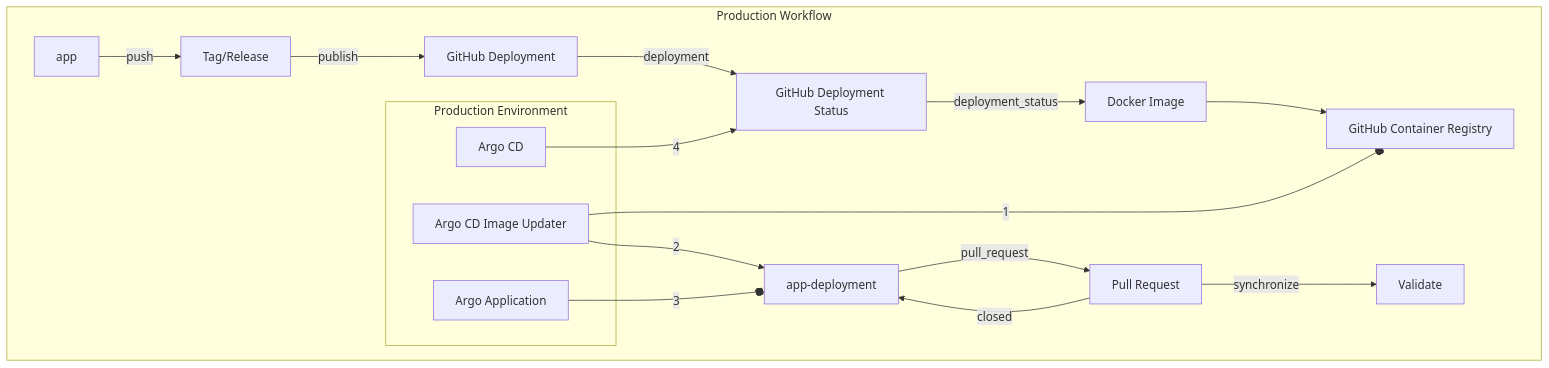
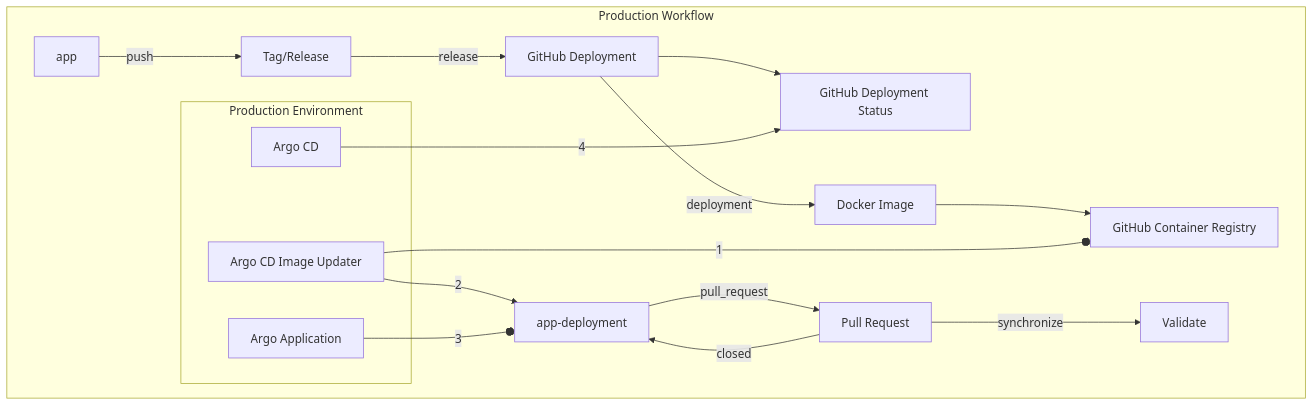
One commit to gitops-ci-cd/.github changed the third of 3 diagrams in profile/README.md. Above: the diagram before and after it, drawn with Mermaid.

````diff
--- a/profile/README.md
+++ b/profile/README.md
@@ -160,29 +160,29 @@
 ```mermaid
 flowchart TD
 
     registry[GitHub Container Registry]
 
     subgraph env[Production Environment]
         argo[Argo CD]
         argo-image-updater[Argo CD Image Updater]
         argo-app[Argo Application]
     end
 
     subgraph prod[Production Workflow]
-        app -- push --> release[Tag/Release]
-        release -- publish --> deployment[GitHub Deployment] -- deployment --> deployment-status[GitHub Deployment Status]
-        deployment-status -- deployment_status --> build[Docker Image]
+        app -- push --> tag[Tag/Release]
+        tag -- release --> deployment[GitHub Deployment] --> deployment-status[GitHub Deployment Status]
+        deployment -- deployment --> build[Docker Image]
         build --> registry
 
         env
         argo-image-updater -- 1 --o registry
         argo-image-updater -- 2 --> app-deployment
 
         app-deployment -- pull_request --> pr[Pull Request]
         pr -- synchronize --> validate[Validate]
         pr -- closed --> app-deployment
 
         argo-app -- 3 --o app-deployment
         argo -- 4 --> deployment-status
     end
 ```
````
